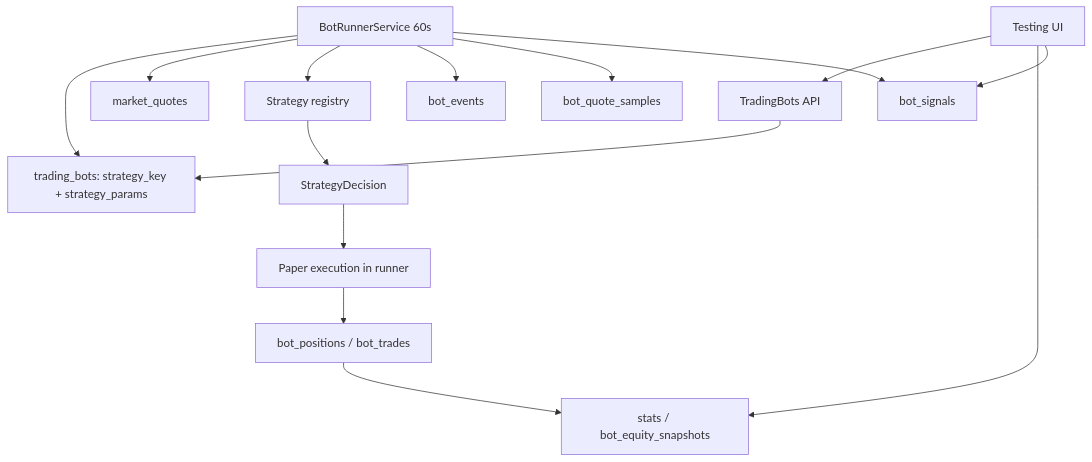
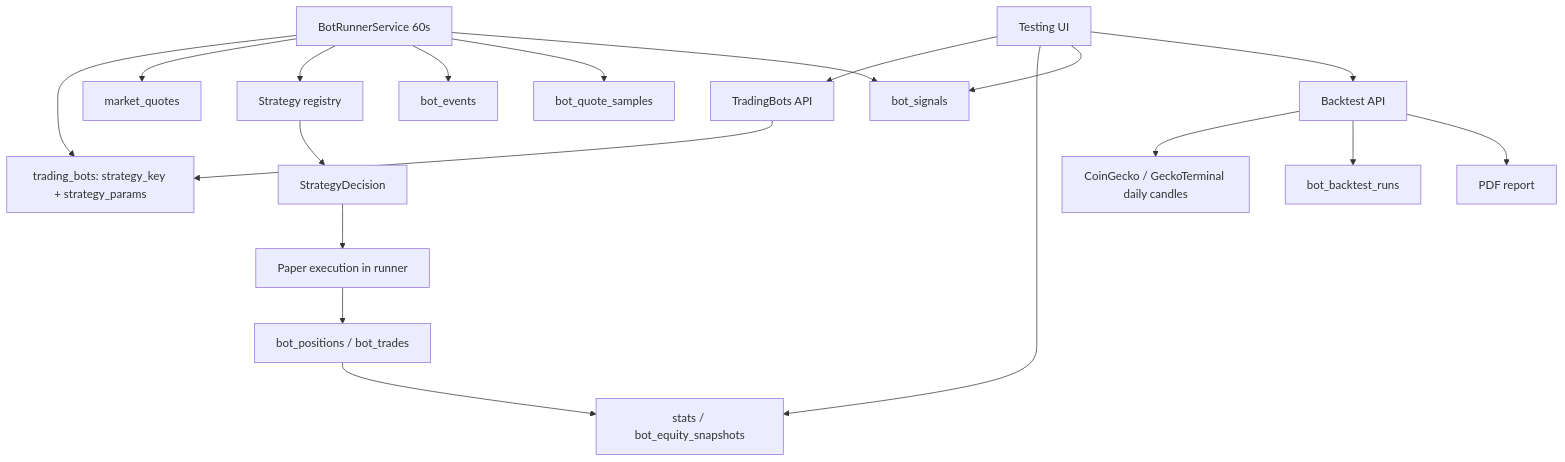
Before and after one commit to jankowski-dev/Nexter.App: the diagram in docs/project/trading-bots.md, drawn with Mermaid. The commit also changed other lines of this file and 32 other files, not shown here.

First line of the commit message:
feat(testing): historical backtests with charts, PDF and run journal (#102)

````diff
--- a/docs/project/trading-bots.md
+++ b/docs/project/trading-bots.md
@@ -31,17 +32,21 @@
 ```mermaid
 flowchart TB
   UI[Testing UI] --> API[TradingBots API]
   API --> Bots[trading_bots: strategy_key + strategy_params]
   Runner[BotRunnerService 60s] --> Bots
   Runner --> Quotes[market_quotes]
   Runner --> Registry[Strategy registry]
   Registry --> Signal[StrategyDecision]
   Signal --> Paper[Paper execution in runner]
   Paper --> BotLedger[bot_positions / bot_trades]
   BotLedger --> Stats[stats / bot_equity_snapshots]
   Runner --> Events[bot_events]
   Runner --> Samples[bot_quote_samples]
   Runner --> Diagnostics[bot_signals]
   UI --> Stats
   UI --> Diagnostics
+  UI --> Backtests[Backtest API]
+  Backtests --> History[CoinGecko / GeckoTerminal daily candles]
+  Backtests --> Runs[bot_backtest_runs]
+  Backtests --> PDF[PDF report]
 ```
````
